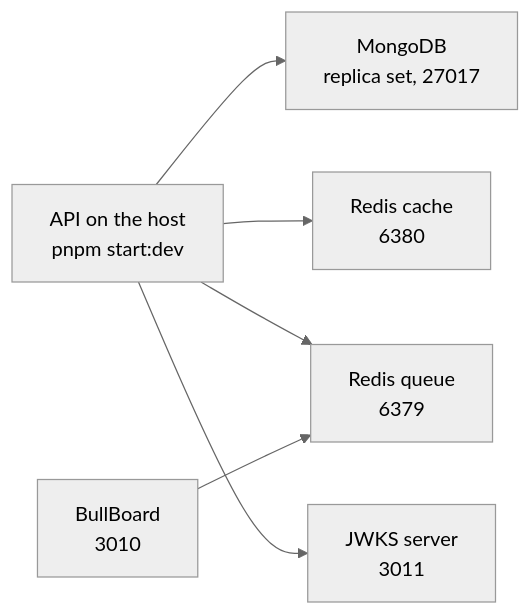
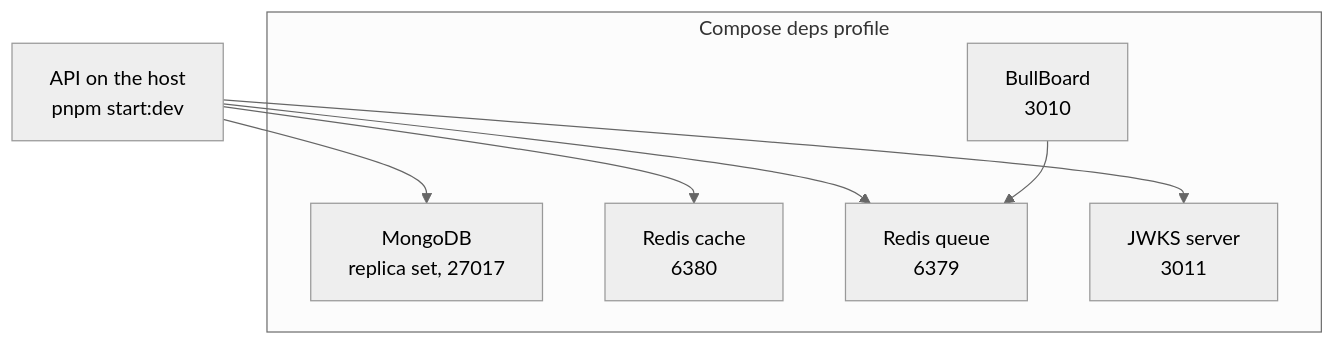
The diagram in docs/getting-started/installation.md (andrechristikan/ack-nestjs-boilerplate), drawn with Mermaid (neutral theme) before and after one commit. The commit also changed other lines of this file and 35 other files, not shown here.

Commit message:
docs: draw every diagram top to bottom and match each to its page

````diff
--- a/docs/getting-started/installation.md
+++ b/docs/getting-started/installation.md
@@ -83,8 +85,16 @@
 ```mermaid
-flowchart LR
-    API["API on the host<br/>pnpm start:dev"] --> MONGO["MongoDB<br/>replica set, 27017"]
-    API --> RC["Redis cache<br/>6380"]
-    API --> RQ["Redis queue<br/>6379"]
-    API --> JWKS["JWKS server<br/>3011"]
-    BB["BullBoard<br/>3010"] --> RQ
+flowchart TB
+    API["API on the host<br/>pnpm start:dev"]
+    subgraph DEPS["Compose deps profile"]
+        BB["BullBoard<br/>3010"]
+        MONGO["MongoDB<br/>replica set, 27017"]
+        RC["Redis cache<br/>6380"]
+        RQ["Redis queue<br/>6379"]
+        JWKS["JWKS server<br/>3011"]
+    end
+    API --> MONGO
+    API --> RC
+    API --> RQ
+    API --> JWKS
+    BB --> RQ
 ```
````
